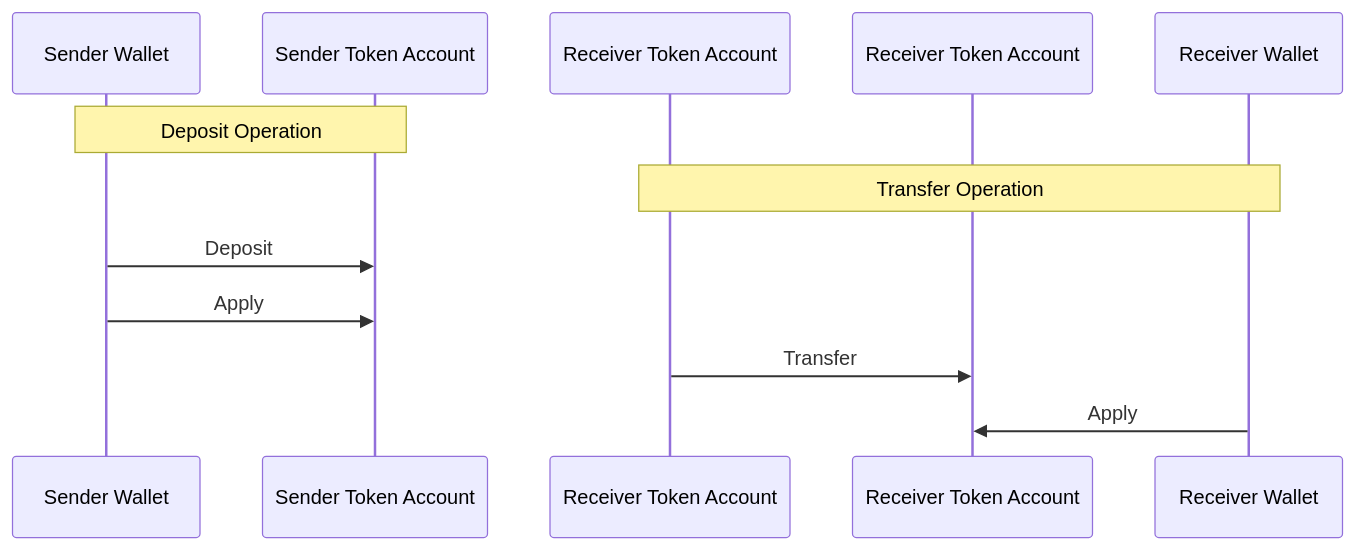
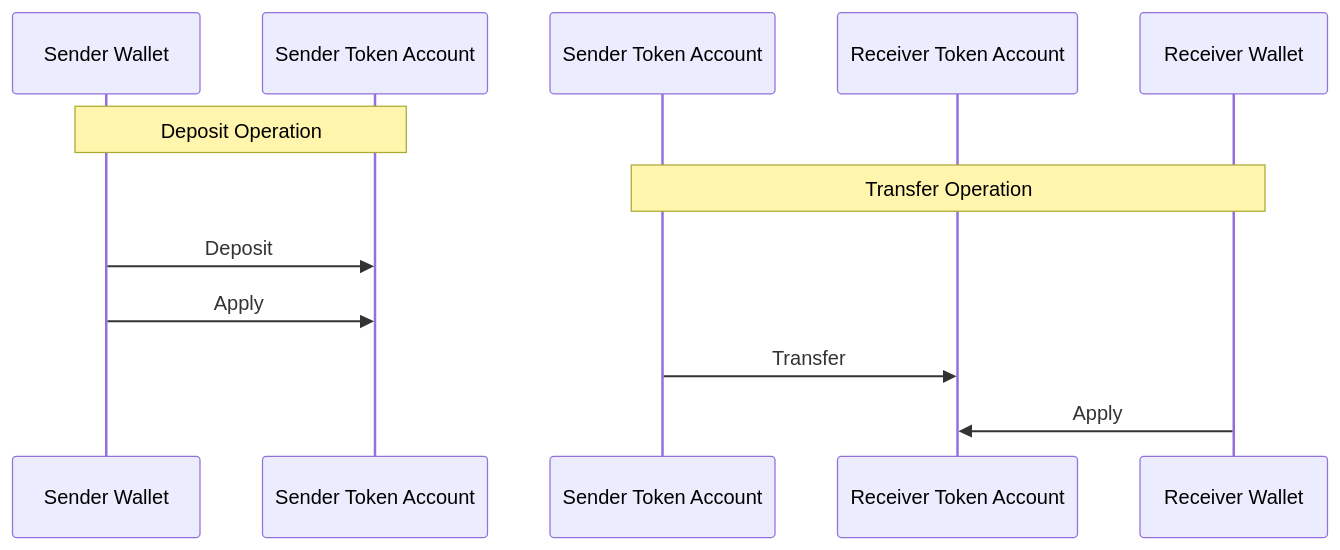
One commit to solana-foundation/solana-com changed the first of 2 diagrams in content/docs/tokens/extensions/confidential-transfer/apply-pending-balance.mdx. Above: the diagram before and after it, drawn with Mermaid. The commit also changed 3 other files, not shown here.

````diff
--- a/content/docs/tokens/extensions/confidential-transfer/apply-pending-balance.mdx
+++ b/content/docs/tokens/extensions/confidential-transfer/apply-pending-balance.mdx
@@ -26,17 +26,17 @@
 ```mermaid title="Apply Pending Balance"
 sequenceDiagram
 
 participant A as Sender Wallet
 participant AA as Sender Token Account
-participant CC as Receiver Token Account
+participant CC as Sender Token Account
 participant BB as Receiver Token Account
 participant B as Receiver Wallet
 note over A,AA: Deposit Operation
 note over B,CC: Transfer Operation
 
 A->>AA: Deposit
 A->>AA: Apply
 
 CC->>BB: Transfer
 B->>BB: Apply
 ```
````
